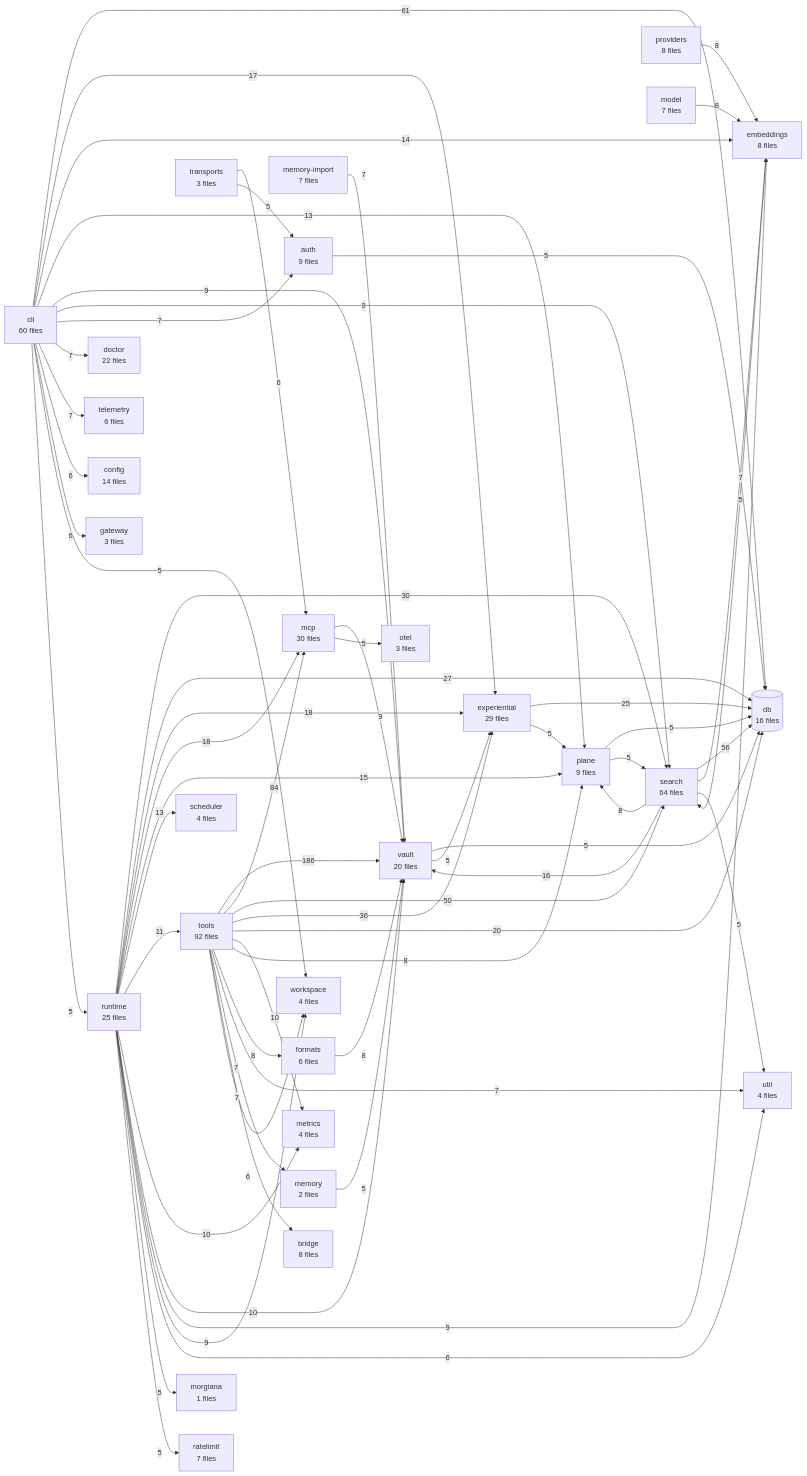
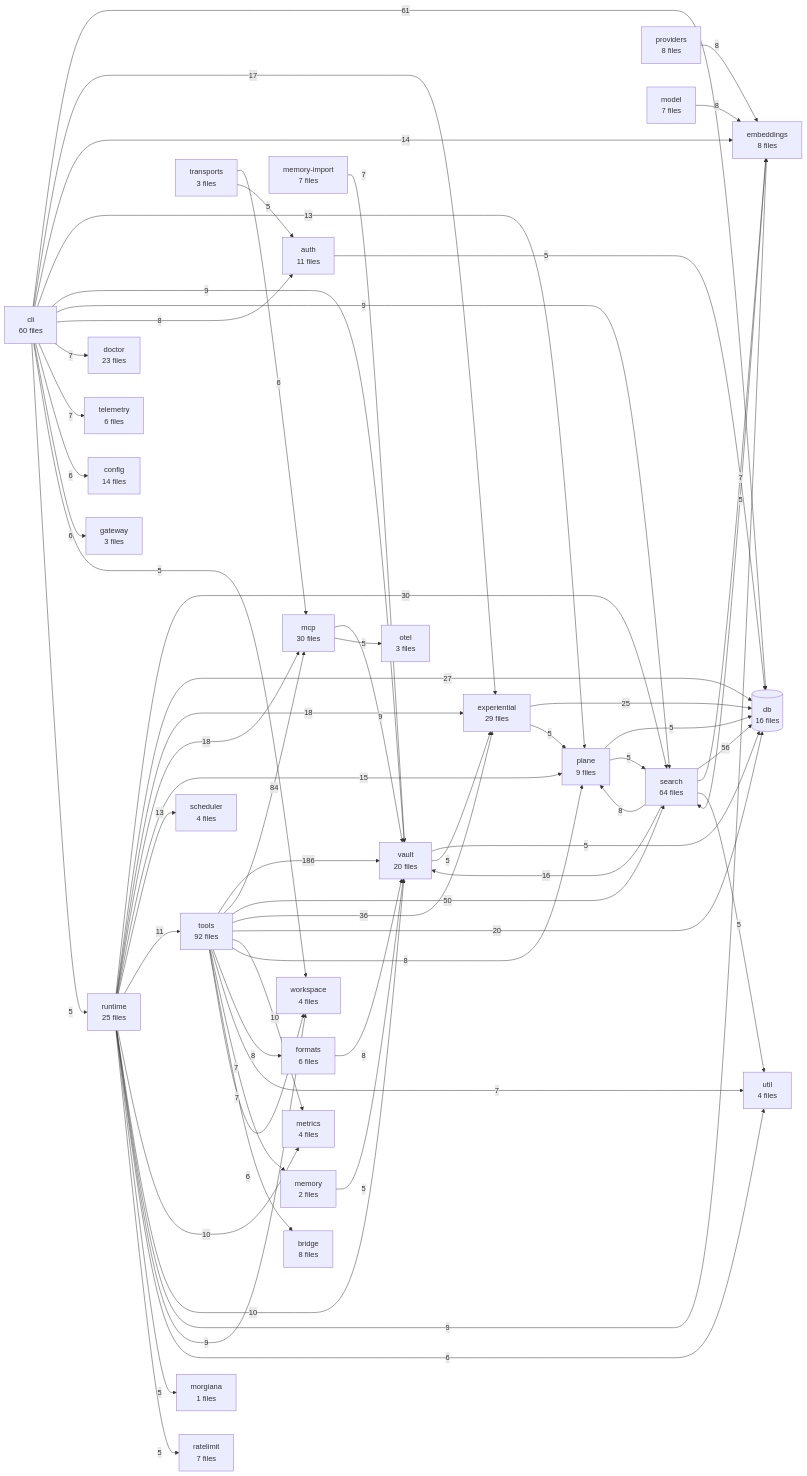
The diagram in TREE.md (The-40-Thieves/obsidian-tc), drawn with Mermaid before and after one commit. The commit also changed other lines of this file and 33 other files, not shown here.

```diff
--- a/TREE.md
+++ b/TREE.md
@@ -334,11 +334,11 @@
   mcp[mcp<br/>30 files]
   experiential[experiential<br/>29 files]
   runtime[runtime<br/>25 files]
-  doctor[doctor<br/>22 files]
+  doctor[doctor<br/>23 files]
   vault[vault<br/>20 files]
   db[(db<br/>16 files)]
   config[config<br/>14 files]
-  auth[auth<br/>9 files]
+  auth[auth<br/>11 files]
   plane[plane<br/>9 files]
   bridge[bridge<br/>8 files]
   embeddings[embeddings<br/>8 files]
@@ -385,13 +385,13 @@
   mcp -->|9| vault
   runtime -->|9| embeddings
   runtime -->|9| workspace
+  cli -->|8| auth
   formats -->|8| vault
   model -->|8| embeddings
   providers -->|8| embeddings
   search -->|8| plane
   tools -->|8| plane
   tools -->|8| formats
-  cli -->|7| auth
   cli -->|7| doctor
   cli -->|7| telemetry
   memory-import -->|7| vault
```
